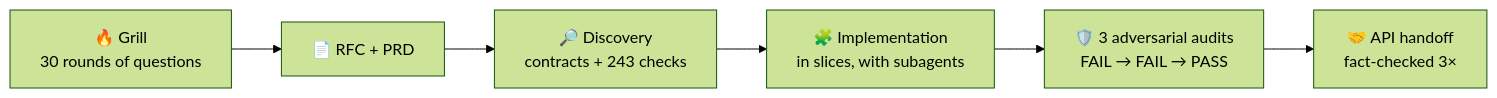
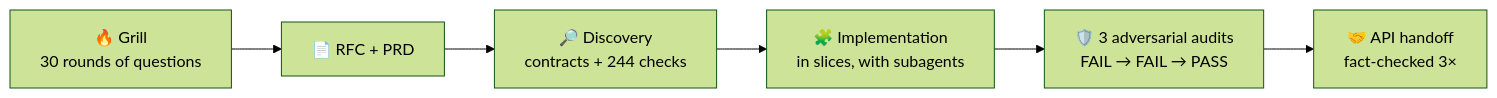
Before and after one commit to micaelcf/parcela-mais-case: the fifth of 6 diagrams in README.en.md, drawn with Mermaid (forest theme). The commit also changed other lines of this file and 7 other files, not shown here.

````diff
--- a/README.en.md
+++ b/README.en.md
@@ -169,8 +169,8 @@
 ```mermaid
 flowchart LR
     G["🔥 Grill<br/>30 rounds of questions"] --> D["📄 RFC + PRD"]
-    D --> C["🔎 Discovery<br/>contracts + 243 checks"]
+    D --> C["🔎 Discovery<br/>contracts + 244 checks"]
     C --> S["🧩 Implementation<br/>in slices, with subagents"]
     S --> A["🛡️ 3 adversarial audits<br/>FAIL → FAIL → PASS"]
     A --> H["🤝 API handoff<br/>fact-checked 3×"]
 ```
````
